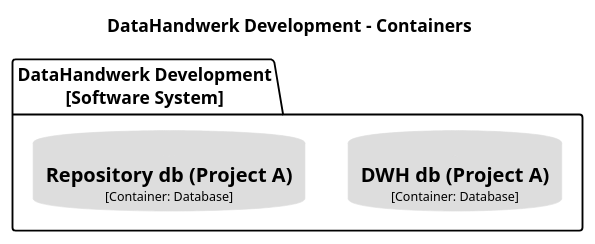
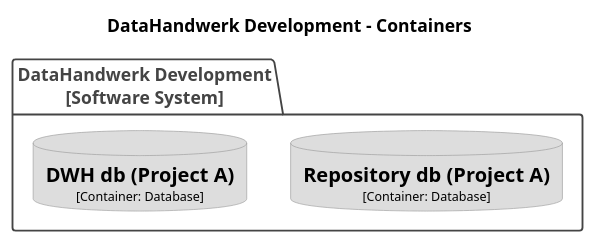
The diagram in docs/modules/arc/partials/c4_dsl/puml/structurizr-DataHandwerkDevelopment-Container.puml (DataHandwerk/dhw-antora-docs), drawn with PlantUML before and after one commit. The commit also changed 20 other files, not shown here.

Commit message:
update architecture a bit

```diff
--- a/docs/modules/arc/partials/c4_dsl/puml/structurizr-DataHandwerkDevelopment-Container.puml
+++ b/docs/modules/arc/partials/c4_dsl/puml/structurizr-DataHandwerkDevelopment-Container.puml
@@ -1,27 +1,35 @@
-@startuml(id=DataHandwerkDevelopment-Container)
+@startuml
 title DataHandwerk Development - Containers
+
+top to bottom direction
 
 skinparam {
   shadowing false
   arrowFontSize 10
   defaultTextAlignment center
   wrapWidth 200
   maxMessageSize 100
 }
+
 hide stereotype
-top to bottom direction
-skinparam database<<33>> {
+
+skinparam database<<DataHandwerkDevelopment.DWHdbProjectA>> {
   BackgroundColor #dddddd
   FontColor #000000
-  BorderColor #dddddd
+  BorderColor #9a9a9a
 }
-skinparam database<<34>> {
+skinparam database<<DataHandwerkDevelopment.RepositorydbProjectA>> {
   BackgroundColor #dddddd
   FontColor #000000
-  BorderColor #dddddd
+  BorderColor #9a9a9a
 }
-package "DataHandwerk Development\n[Software System]" {
-  database "==DWH db (Project A)\n<size:10>[Container: Database]</size>" <<34>> as 34
-  database "==Repository db (Project A)\n<size:10>[Container: Database]</size>" <<33>> as 33
+
+package "DataHandwerk Development\n[Software System]" <<DataHandwerkDevelopment>> {
+  skinparam PackageBorderColor<<DataHandwerkDevelopment>> #444444
+  skinparam PackageFontColor<<DataHandwerkDevelopment>> #444444
+
+  database "==Repository db (Project A)\n<size:10>[Container: Database]</size>" <<DataHandwerkDevelopment.RepositorydbProjectA>> as DataHandwerkDevelopment.RepositorydbProjectA
+  database "==DWH db (Project A)\n<size:10>[Container: Database]</size>" <<DataHandwerkDevelopment.DWHdbProjectA>> as DataHandwerkDevelopment.DWHdbProjectA
 }
+
 @enduml
```
